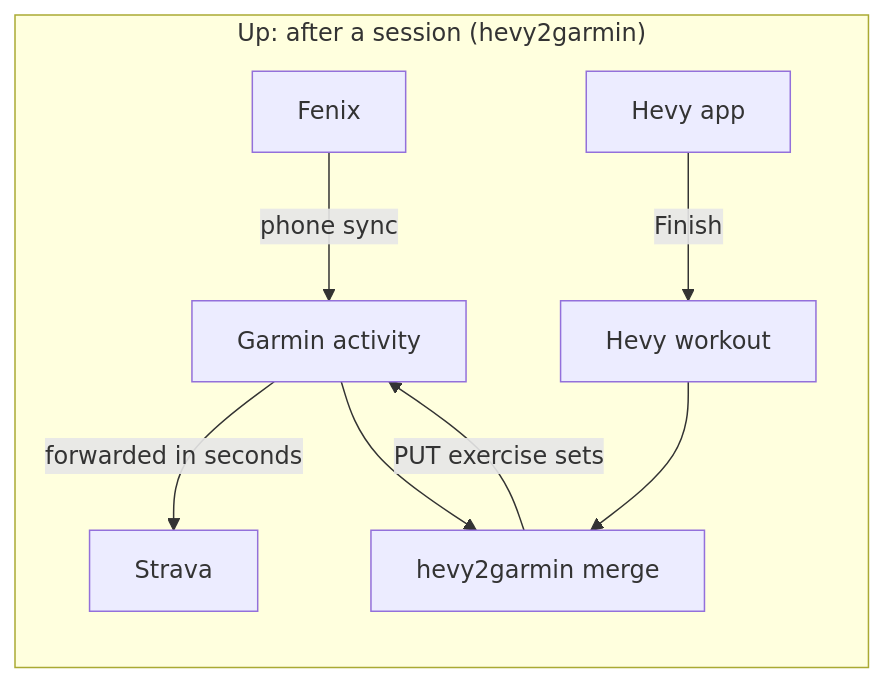
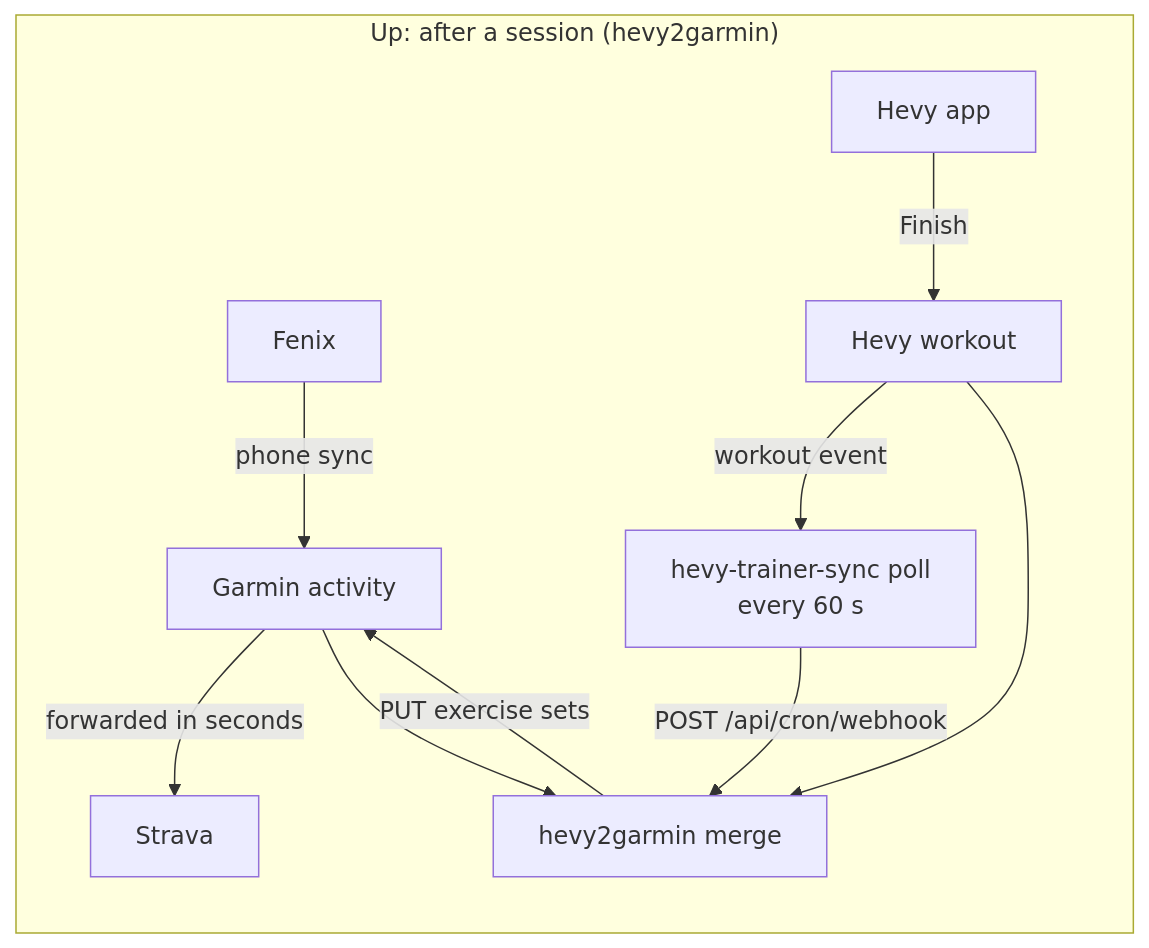
One commit to zimmertr/hevy-trainer-sync changed the second of 2 diagrams in docs/ARCHITECTURE.md. Above: the diagram before and after it, drawn with Mermaid. The commit also changed other lines of this file and 18 other files, not shown here.

First line of the commit message:
Poll Hevy every minute and start hevy2garmin's merge right away (#23)

````diff
--- a/docs/ARCHITECTURE.md
+++ b/docs/ARCHITECTURE.md
@@ -22,11 +22,13 @@
 ```mermaid
 flowchart LR
     subgraph up["Up: after a session (hevy2garmin)"]
         F2[Fenix] -->|phone sync| A[Garmin activity]
         A -->|forwarded in seconds| S[Strava]
         P[Hevy app] -->|Finish| HW[Hevy workout]
-        HW --> M[hevy2garmin merge]
+        HW -->|workout event| PL[hevy-trainer-sync poll<br/>every 60 s]
+        PL -->|POST /api/cron/webhook| M[hevy2garmin merge]
+        HW --> M
         A --> M
         M -->|PUT exercise sets| A
     end
 ```
````
